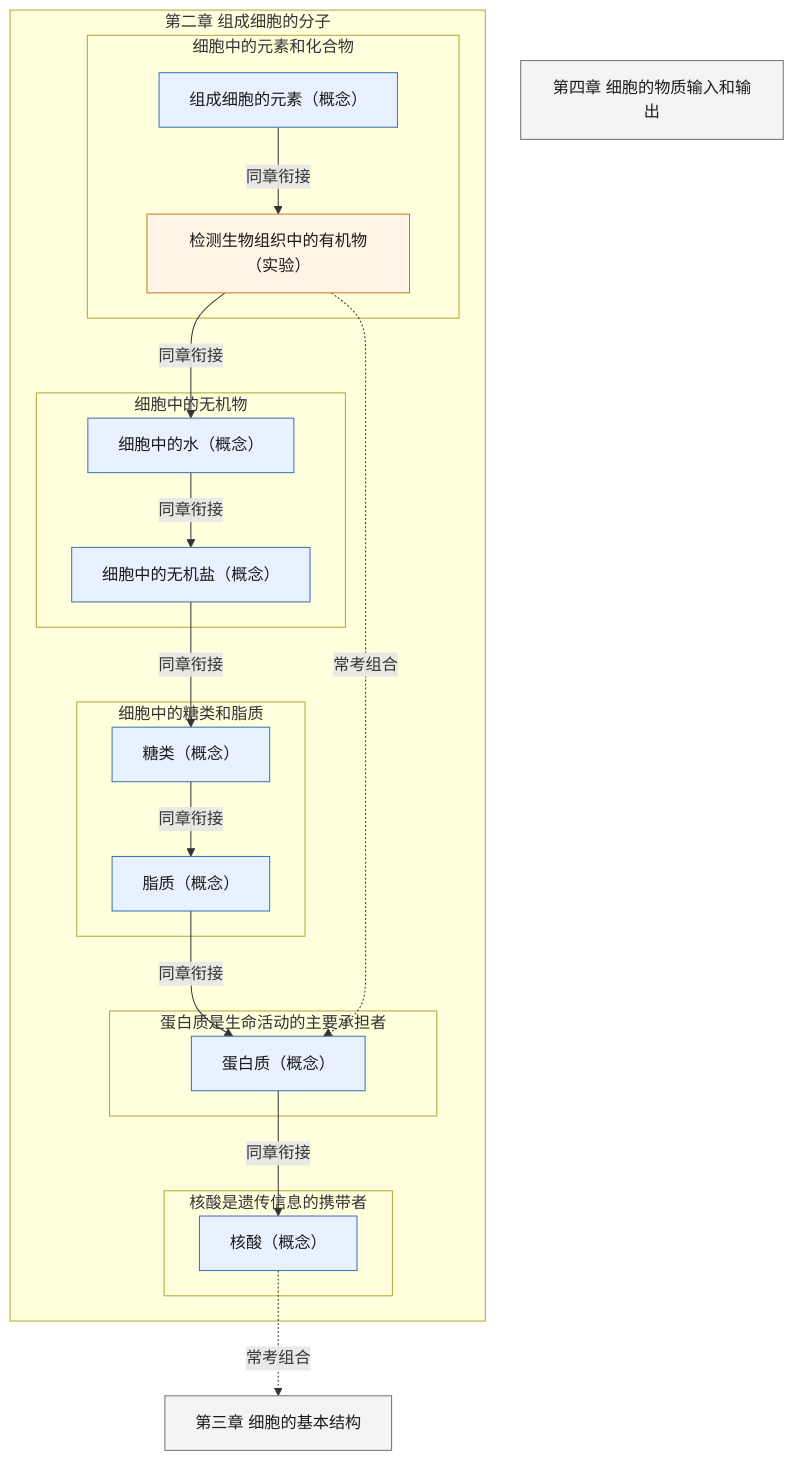
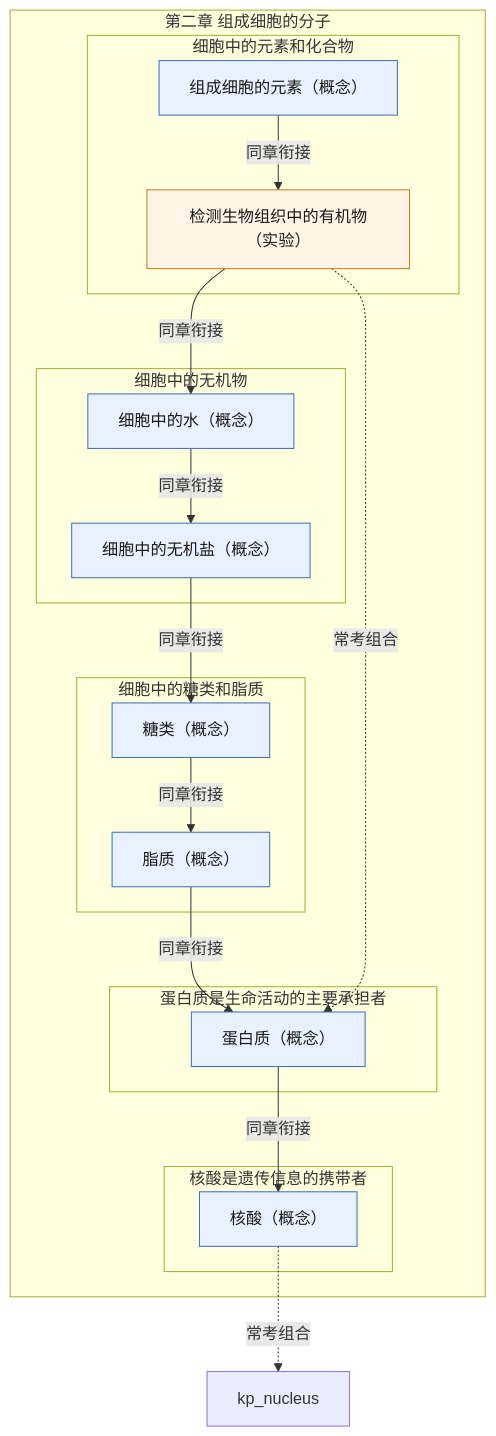
Before and after one commit to lihenair/high-school-ai-tutor-skill: the diagram in skills/high-school-ai-tutor/references/pep-bio-bx1-ch2.md, drawn with Mermaid. The commit also changed 26 other files, not shown here.

First line of the commit message:
feat(bio): 跨教材知识联系图谱——占位符清退 + 53 条组合边 + 联系图谱文档

````diff
--- a/skills/high-school-ai-tutor/references/pep-bio-bx1-ch2.md
+++ b/skills/high-school-ai-tutor/references/pep-bio-bx1-ch2.md
@@ -5,38 +5,36 @@
 ```mermaid
 flowchart TD
   classDef concept fill:#E8F1FF,stroke:#3B6FB6,color:#1A1A1A
   classDef skill fill:#E7F6EE,stroke:#2E7D4F,color:#1A1A1A
   classDef experiment fill:#FFF4E5,stroke:#C47B17,color:#1A1A1A
   classDef later fill:#F4F4F5,stroke:#71717A,color:#1A1A1A
   subgraph ch["第二章 组成细胞的分子"]
     subgraph s1["细胞中的元素和化合物"]
       kp_elements["组成细胞的元素（概念）"]:::concept
       kp_biomass_detection["检测生物组织中的有机物（实验）"]:::experiment
     end
     subgraph s2["细胞中的无机物"]
       kp_water["细胞中的水（概念）"]:::concept
       kp_inorganic_salts["细胞中的无机盐（概念）"]:::concept
     end
     subgraph s3["细胞中的糖类和脂质"]
       kp_sugars["糖类（概念）"]:::concept
       kp_lipids["脂质（概念）"]:::concept
     end
     subgraph s4["蛋白质是生命活动的主要承担者"]
       kp_proteins["蛋白质（概念）"]:::concept
     end
     subgraph s5["核酸是遗传信息的携带者"]
       kp_nucleic_acids["核酸（概念）"]:::concept
     end
   end
-  bx1_ch3["第三章 细胞的基本结构"]:::later
-  bx1_ch4["第四章 细胞的物质输入和输出"]:::later
   kp_elements -->|同章衔接| kp_biomass_detection
   kp_biomass_detection -->|同章衔接| kp_water
   kp_water -->|同章衔接| kp_inorganic_salts
   kp_inorganic_salts -->|同章衔接| kp_sugars
   kp_sugars -->|同章衔接| kp_lipids
   kp_lipids -->|同章衔接| kp_proteins
   kp_proteins -->|同章衔接| kp_nucleic_acids
   kp_biomass_detection -.->|常考组合| kp_proteins
-  kp_nucleic_acids -.->|常考组合| bx1_ch3
+  kp_nucleic_acids -.->|常考组合| kp_nucleus
 ```
````
